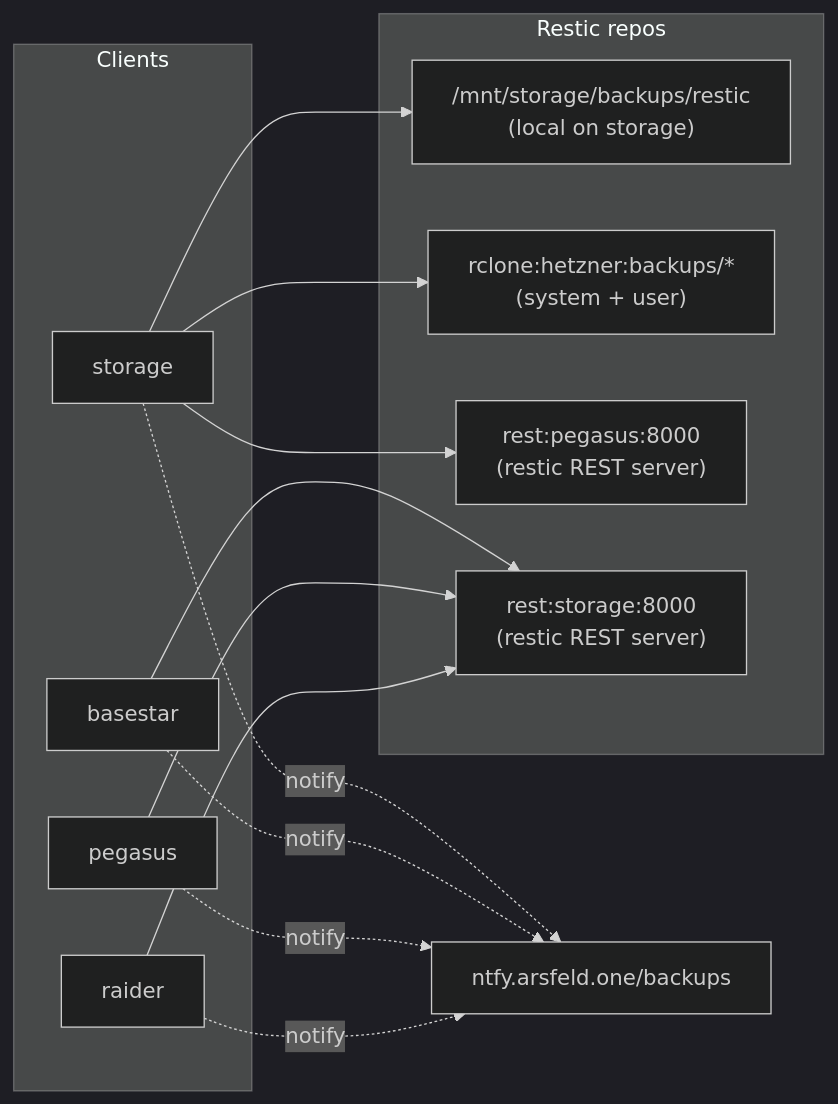
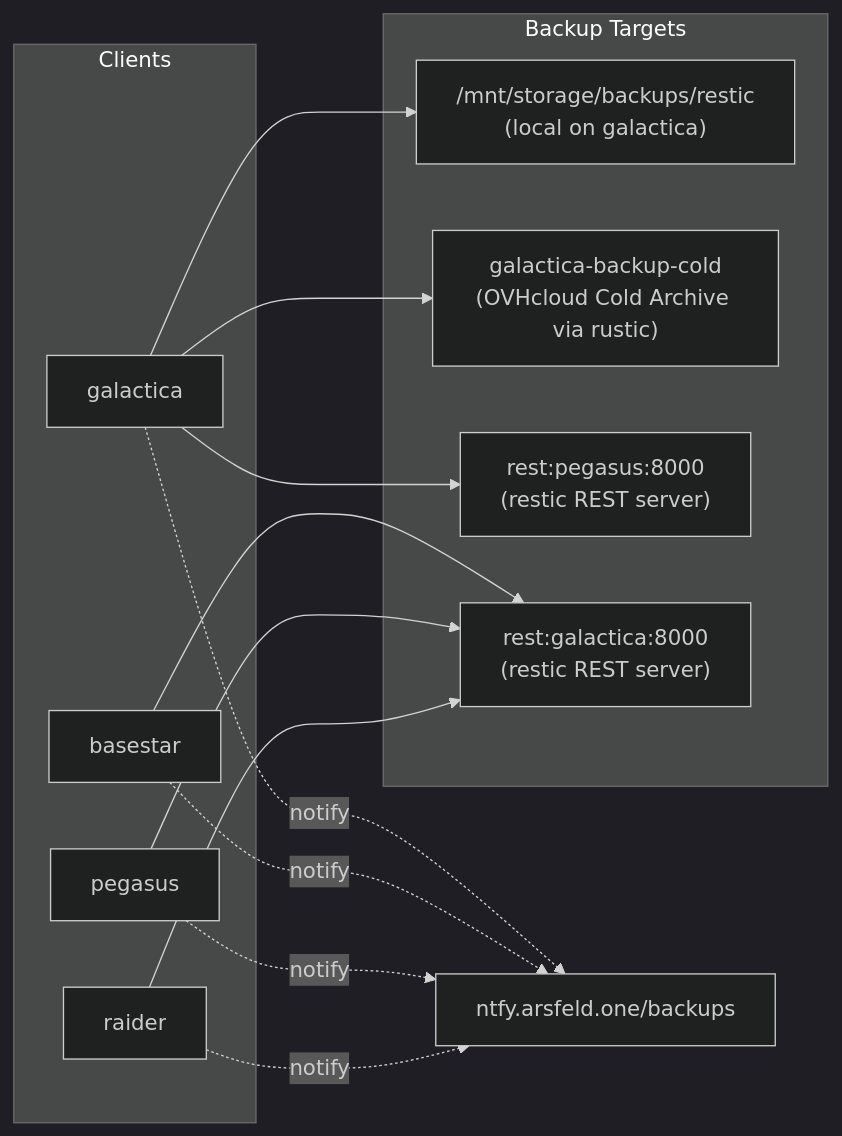
The diagram in docs/architecture/backup.md (arsfeld/nixos), drawn with Mermaid (dark theme) before and after one commit. The commit also changed other lines of this file and 3 other files, not shown here.

First line of the commit message:
fix(backup): resolve permission regression, purge hetzner, and stagger schedules

````diff
--- a/docs/architecture/backup.md
+++ b/docs/architecture/backup.md
@@ -14,28 +14,28 @@
 ```mermaid
 graph LR
     subgraph Clients
-        Storage[storage]
+        Galactica[galactica]
         Basestar[basestar]
         Pegasus[pegasus]
         Raider[raider]
     end
 
-    subgraph "Restic repos"
-        NAS["/mnt/storage/backups/restic<br/>(local on storage)"]
-        Hetzner["rclone:hetzner:backups/*<br/>(system + user)"]
+    subgraph "Backup Targets"
+        NAS["/mnt/storage/backups/restic<br/>(local on galactica)"]
+        OVH["galactica-backup-cold<br/>(OVHcloud Cold Archive via rustic)"]
         PegasusRest["rest:pegasus:8000<br/>(restic REST server)"]
-        StorageRest["rest:storage:8000<br/>(restic REST server)"]
+        StorageRest["rest:galactica:8000<br/>(restic REST server)"]
     end
 
-    Storage --> NAS
-    Storage --> Hetzner
-    Storage --> PegasusRest
+    Galactica --> NAS
+    Galactica --> OVH
+    Galactica --> PegasusRest
     Basestar --> StorageRest
     Pegasus --> StorageRest
     Raider --> StorageRest
 
-    Storage -.notify.-> Ntfy[ntfy.arsfeld.one/backups]
+    Galactica -.notify.-> Ntfy[ntfy.arsfeld.one/backups]
     Basestar -.notify.-> Ntfy
     Pegasus -.notify.-> Ntfy
     Raider -.notify.-> Ntfy
 ```
````
